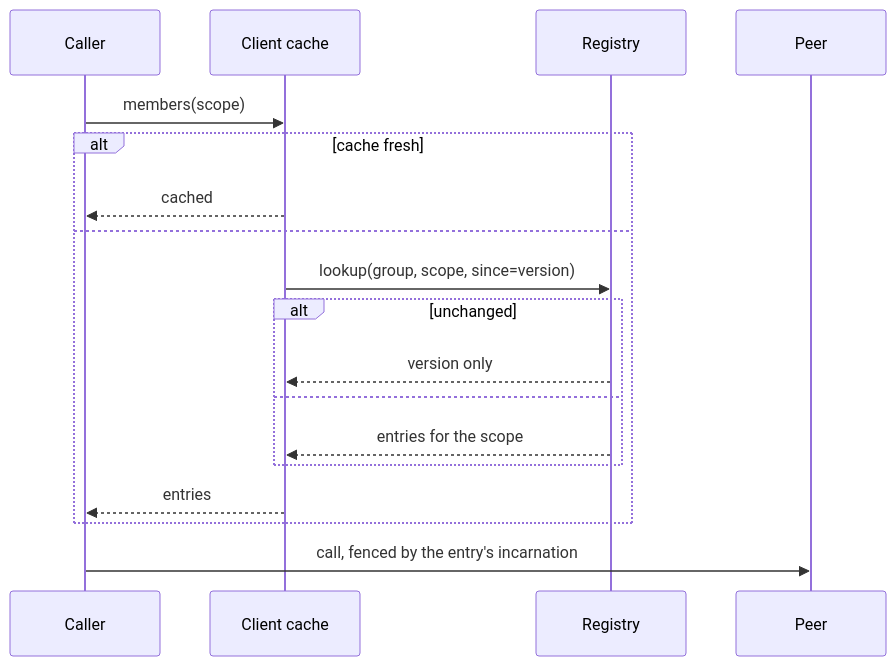
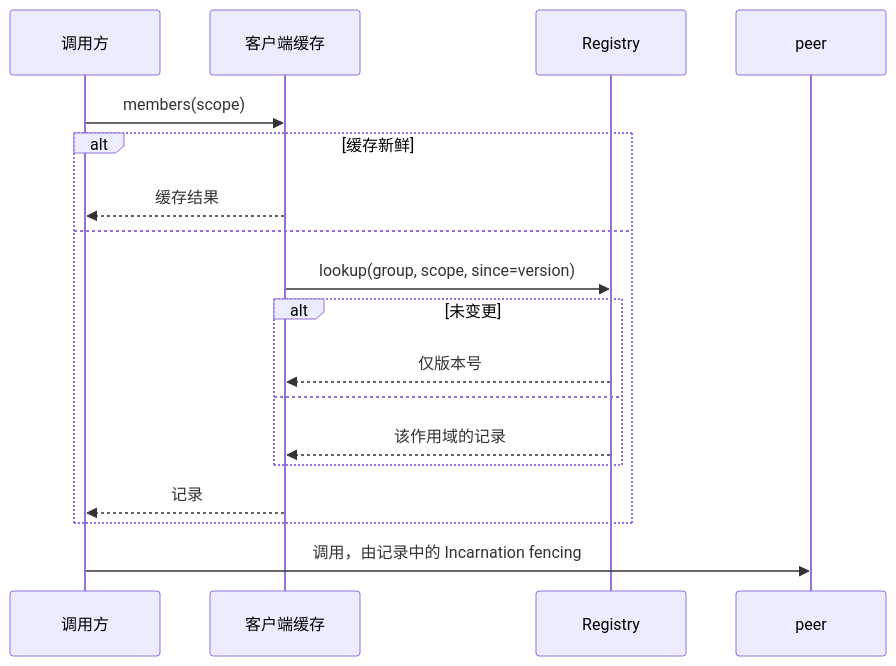
Before and after one commit to HSPK/tinyray: the diagram in docs/03-modules/05-discovery.md, drawn with Mermaid. The commit also changed other lines of this file and 33 other files, not shown here.

````diff
--- a/docs/03-modules/05-discovery.md
+++ b/docs/03-modules/05-discovery.md
@@ -79,21 +75,21 @@
 ```mermaid
 sequenceDiagram
-    participant C as Caller
-    participant Cl as Client cache
+    participant C as 调用方
+    participant Cl as 客户端缓存
     participant R as Registry
-    participant P as Peer
+    participant P as peer
 
     C->>Cl: members(scope)
-    alt cache fresh
-        Cl-->>C: cached
+    alt 缓存新鲜
+        Cl-->>C: 缓存结果
     else
         Cl->>R: lookup(group, scope, since=version)
-        alt unchanged
-            R-->>Cl: version only
+        alt 未变更
+            R-->>Cl: 仅版本号
         else
-            R-->>Cl: entries for the scope
+            R-->>Cl: 该作用域的记录
         end
-        Cl-->>C: entries
+        Cl-->>C: 记录
     end
-    C->>P: call, fenced by the entry's incarnation
+    C->>P: 调用，由记录中的 Incarnation fencing
 ```
````
